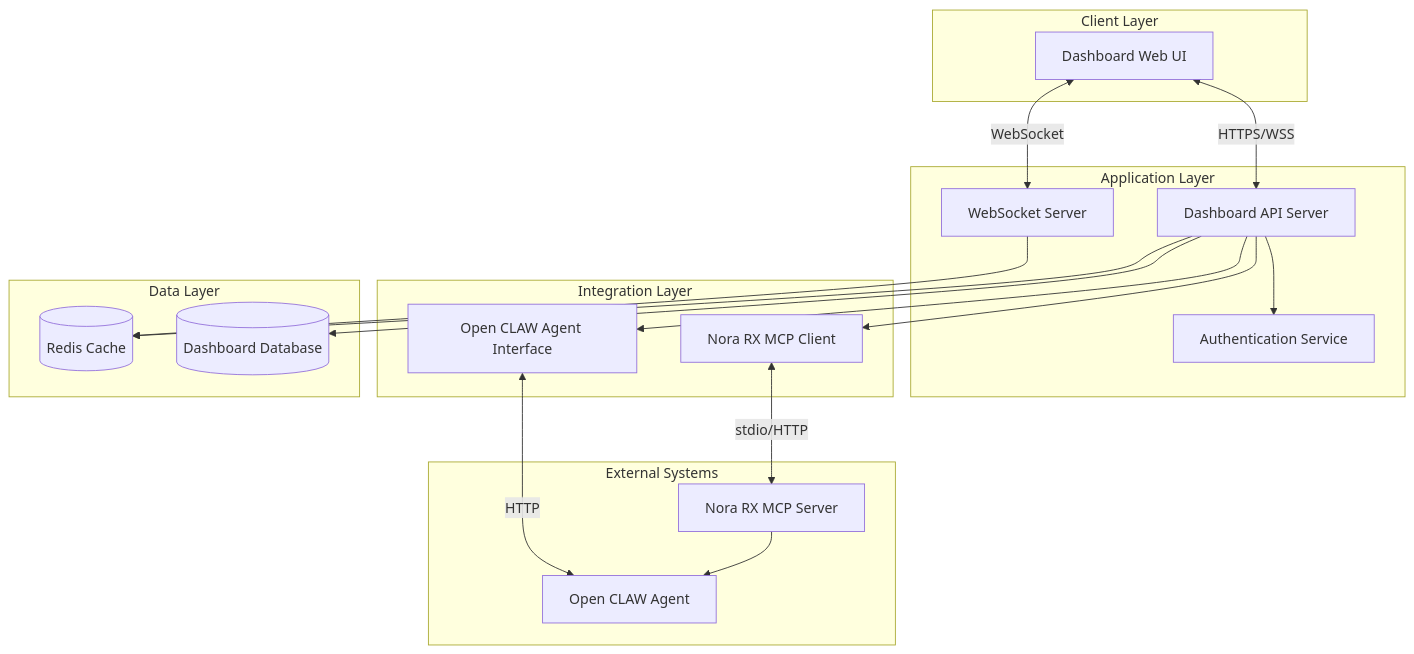
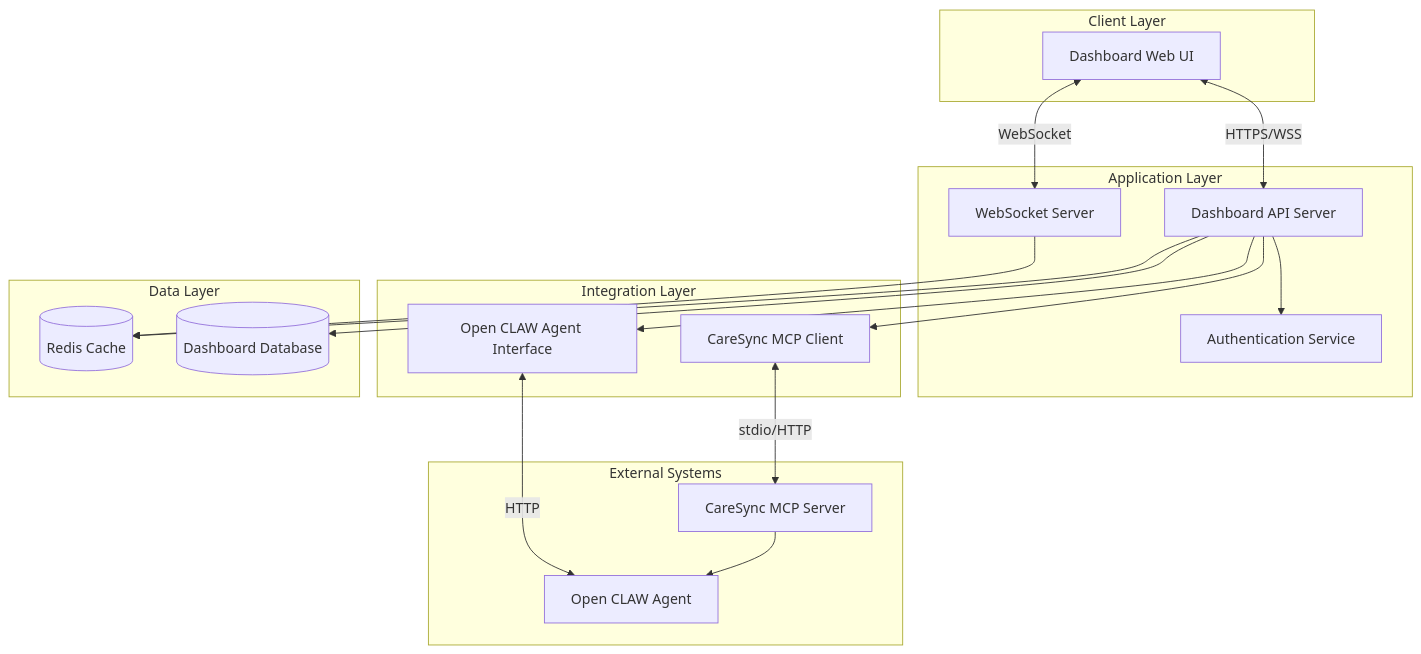
One commit to floyddepalma/medical-facility-dashboard changed the diagram in .kiro/specs/medical-facility-dashboard/design.md. Above: the diagram before and after it, drawn with Mermaid. The commit also changed other lines of this file and 12 other files, not shown here.

````diff
--- a/.kiro/specs/medical-facility-dashboard/design.md
+++ b/.kiro/specs/medical-facility-dashboard/design.md
@@ -21,39 +21,39 @@
 ```mermaid
 graph TB
     subgraph "Client Layer"
         UI[Dashboard Web UI]
     end
     
     subgraph "Application Layer"
         API[Dashboard API Server]
         WS[WebSocket Server]
         Auth[Authentication Service]
     end
     
     subgraph "Integration Layer"
-        MCP[Nora RX MCP Client]
+        MCP[CareSync MCP Client]
         Agent[Open CLAW Agent Interface]
     end
     
     subgraph "Data Layer"
         DB[(Dashboard Database)]
         Cache[(Redis Cache)]
     end
     
     subgraph "External Systems"
         CLAW[Open CLAW Agent]
-        NoraRX[Nora RX MCP Server]
+        CareSync[CareSync MCP Server]
     end
     
     UI <-->|HTTPS/WSS| API
     UI <-->|WebSocket| WS
     API --> Auth
     API --> MCP
     API --> Agent
     API --> DB
     API --> Cache
     WS --> Cache
-    MCP <-->|stdio/HTTP| NoraRX
+    MCP <-->|stdio/HTTP| CareSync
     Agent <-->|HTTP| CLAW
-    NoraRX --> CLAW
+    CareSync --> CLAW
 ```
````
